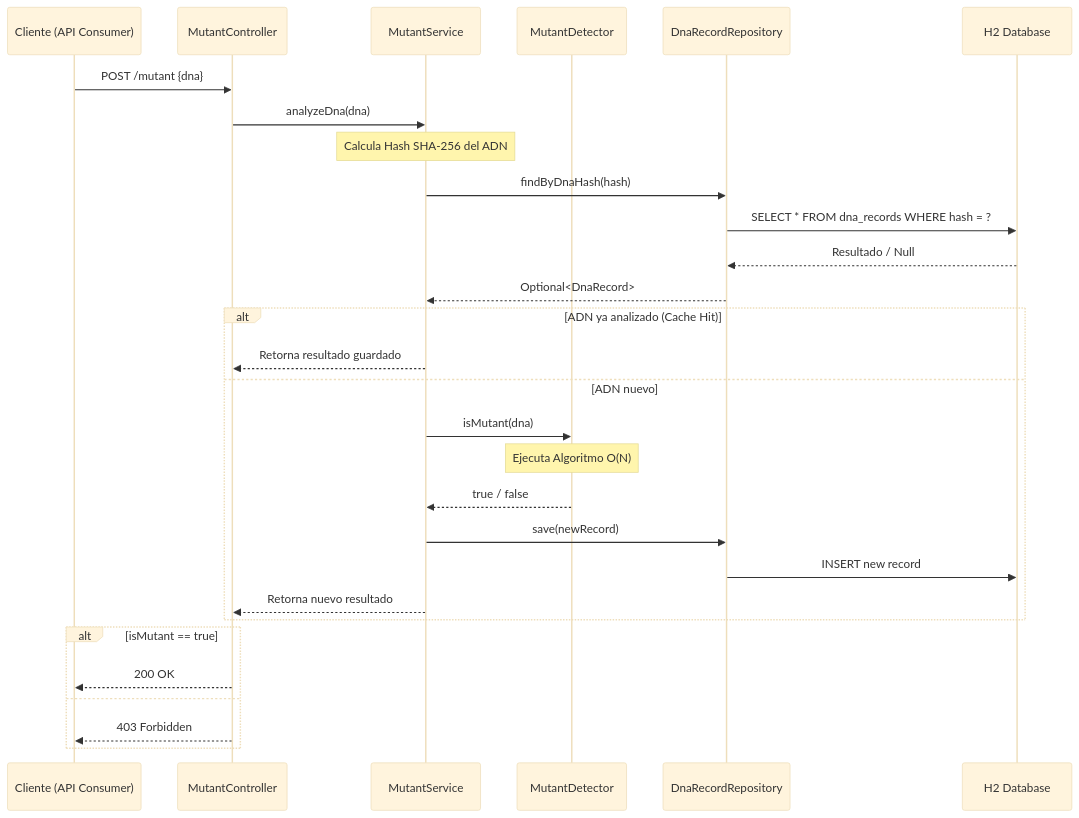
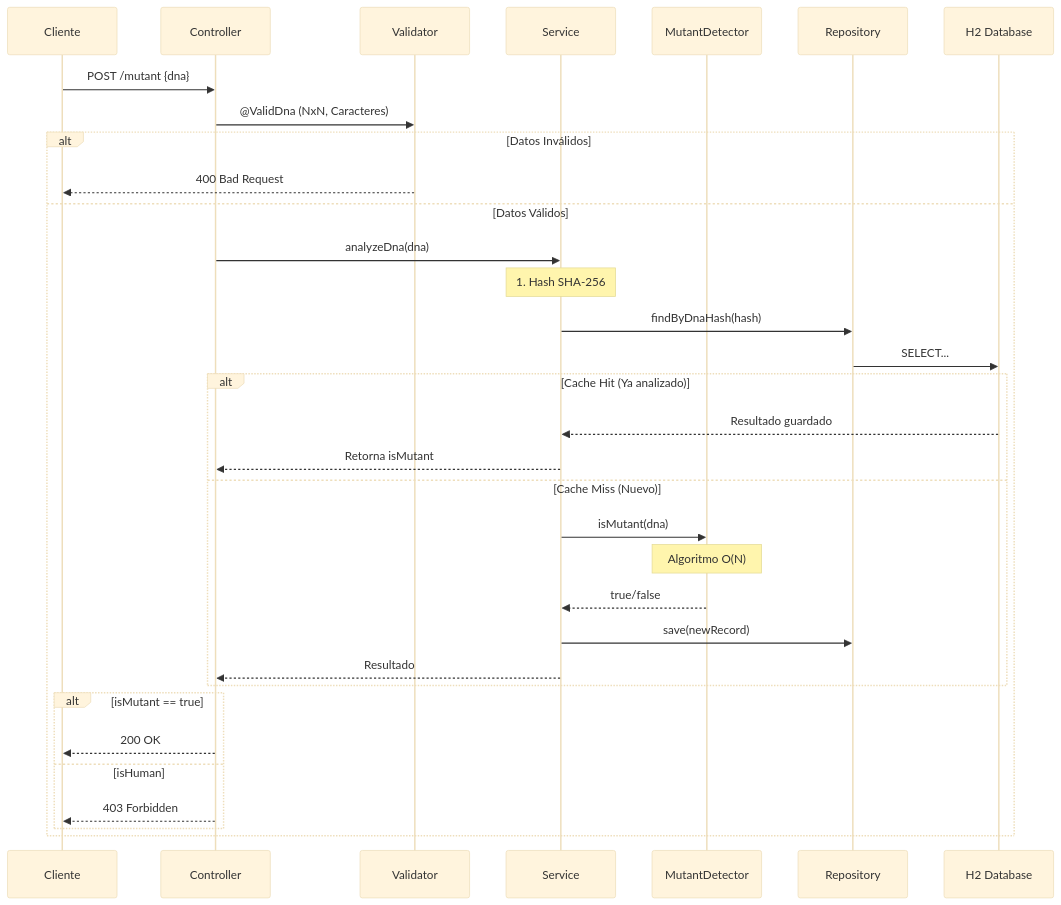
One commit to FrankDagos/mutant-detector changed the diagram in README.md. Above: the diagram before and after it, drawn with Mermaid (base theme). The commit also changed other lines of this file, not shown here.

````diff
--- a/README.md
+++ b/README.md
@@ -192,38 +64,39 @@
-``` mermaid
+```mermaid
 sequenceDiagram
-    participant C as Cliente (API Consumer)
-    participant Ctrl as MutantController
-    participant Svc as MutantService
+    participant C as Cliente
+    participant Ctrl as Controller
+    participant Val as Validator
+    participant Svc as Service
     participant Det as MutantDetector
-    participant Repo as DnaRecordRepository
+    participant Repo as Repository
     participant DB as H2 Database
 
     C->>Ctrl: POST /mutant {dna}
-    Ctrl->>Svc: analyzeDna(dna)
+    Ctrl->>Val: @ValidDna (NxN, Caracteres)
 
-    Note over Svc: Calcula Hash SHA-256 del ADN
+    alt Datos Inválidos
+        Val-->>C: 400 Bad Request
+    else Datos Válidos
+        Ctrl->>Svc: analyzeDna(dna)
+        Note over Svc: 1. Hash SHA-256
+        Svc->>Repo: findByDnaHash(hash)
+        Repo->>DB: SELECT...
 
-    Svc->>Repo: findByDnaHash(hash)
-    Repo->>DB: SELECT * FROM dna_records WHERE hash = ?
-    DB-->>Repo: Resultado / Null
-    Repo-->>Svc: Optional<DnaRecord>
+        alt Cache Hit (Ya analizado)
+            DB-->>Svc: Resultado guardado
+            Svc-->>Ctrl: Retorna isMutant
+        else Cache Miss (Nuevo)
+            Svc->>Det: isMutant(dna)
+            Note over Det: Algoritmo O(N)
+            Det-->>Svc: true/false
+            Svc->>Repo: save(newRecord)
+            Svc-->>Ctrl: Resultado
+        end
 
-    alt ADN ya analizado (Cache Hit)
-        Svc-->>Ctrl: Retorna resultado guardado
-    else ADN nuevo
-        Svc->>Det: isMutant(dna)
-        Note over Det: Ejecuta Algoritmo O(N)
-        Det-->>Svc: true / false
-
-        Svc->>Repo: save(newRecord)
-        Repo->>DB: INSERT new record
-
-        Svc-->>Ctrl: Retorna nuevo resultado
-    end
-
-    alt isMutant == true
-        Ctrl-->>C: 200 OK
-    else
-        Ctrl-->>C: 403 Forbidden
+        alt isMutant == true
+            Ctrl-->>C: 200 OK
+        else isHuman
+            Ctrl-->>C: 403 Forbidden
+        end
     end
 ```
````
